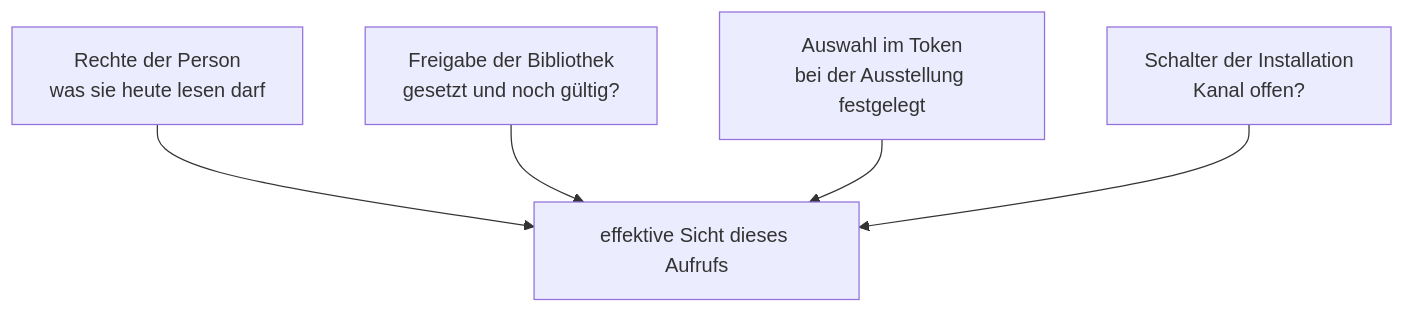
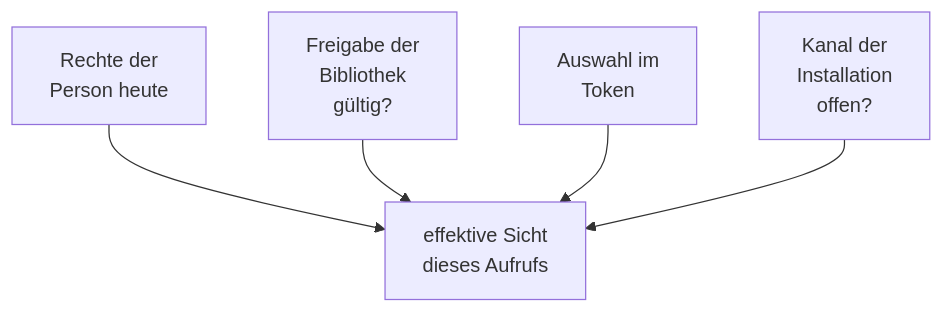
The diagram in docs/handbuch/fremdzugaenge.md (criew/opaa), drawn with Mermaid before and after one commit. The commit also changed other lines of this file and 11 other files, not shown here.

First line of the commit message:
docs(handbuch): Mermaid-Knoten mit kurzen Zeilen

````diff
--- a/docs/handbuch/fremdzugaenge.md
+++ b/docs/handbuch/fremdzugaenge.md
@@ -27,11 +27,11 @@
 ```mermaid
 flowchart TB
-    R[Rechte der Person<br/>was sie heute lesen darf]
-    F[Freigabe der Bibliothek<br/>gesetzt und noch gültig?]
-    A[Auswahl im Token<br/>bei der Ausstellung festgelegt]
-    S[Schalter der Installation<br/>Kanal offen?]
-    R --> E[effektive Sicht dieses Aufrufs]
+    R[Rechte der<br/>Person heute]
+    F[Freigabe der<br/>Bibliothek<br/>gültig?]
+    A[Auswahl im<br/>Token]
+    S[Kanal der<br/>Installation<br/>offen?]
+    R --> E[effektive Sicht<br/>dieses Aufrufs]
     F --> E
     A --> E
     S --> E
 ```
````
